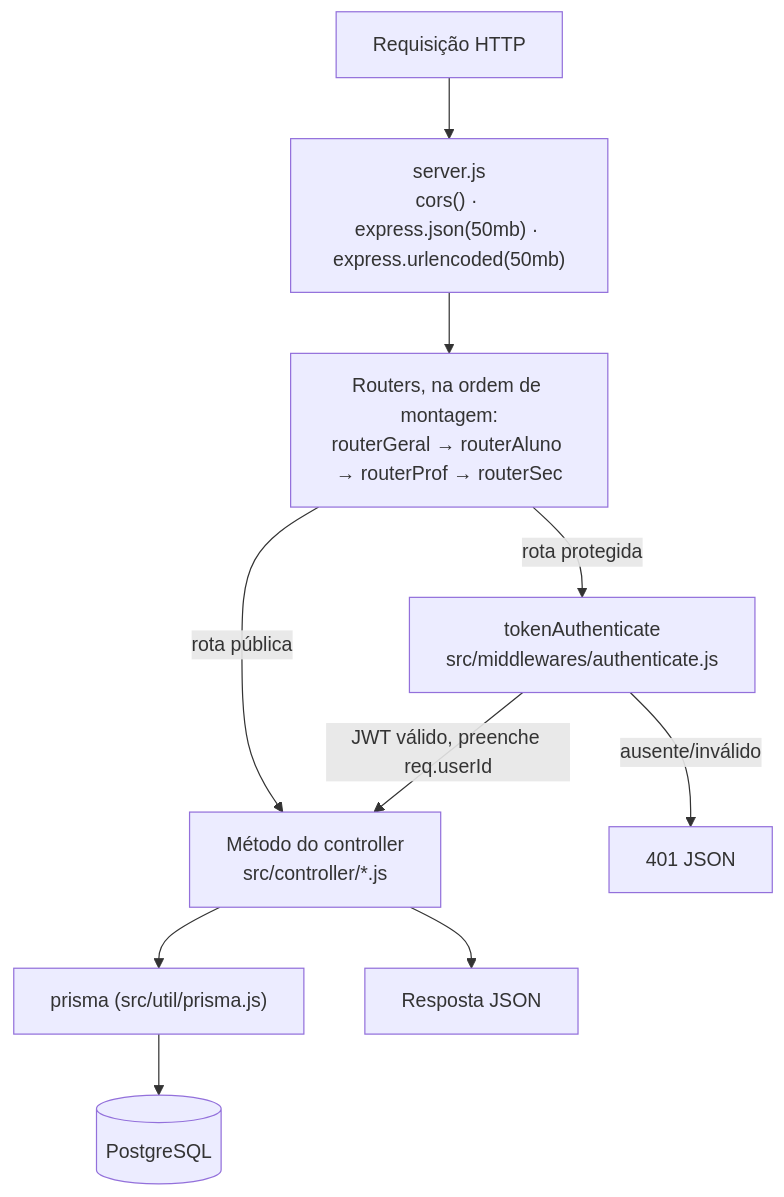
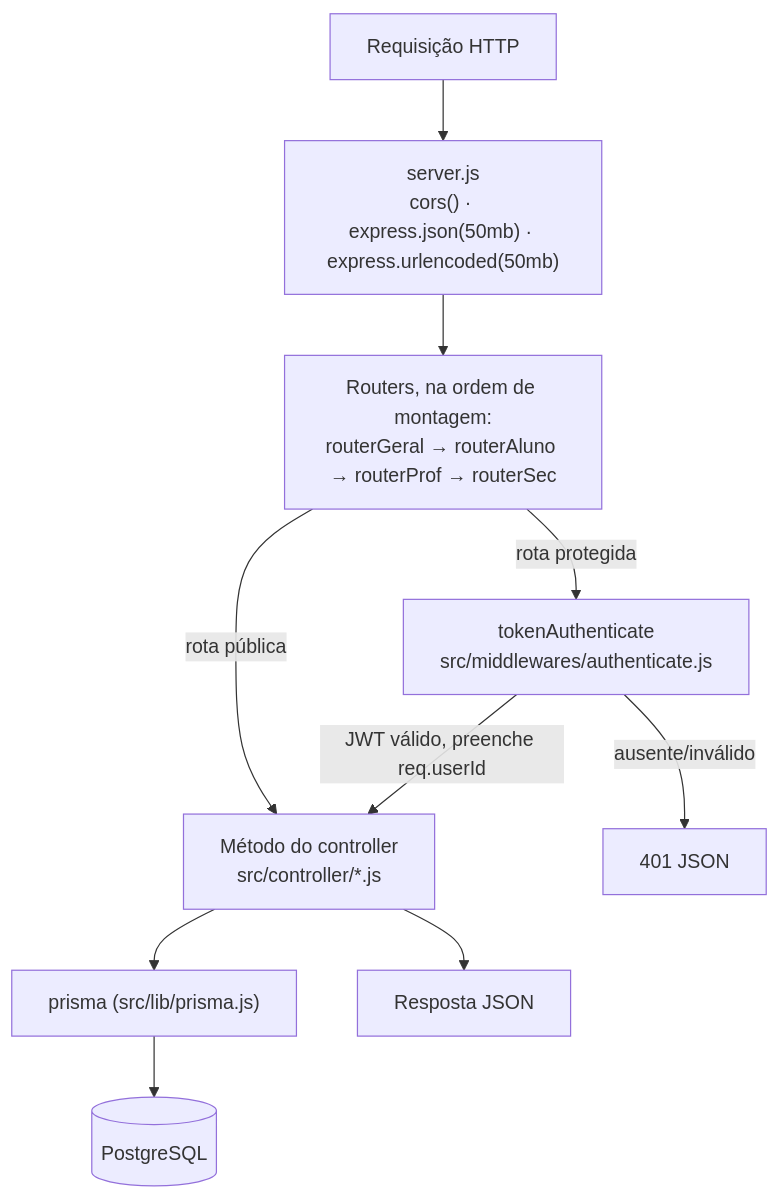
Before and after one commit to ftfariasdev/SAGA: the second of 4 diagrams in docs/pt-BR/architecture.md, drawn with Mermaid. The commit also changed other lines of this file and 8 other files, not shown here.

````diff
--- a/docs/pt-BR/architecture.md
+++ b/docs/pt-BR/architecture.md
@@ -105,12 +105,12 @@
 ```mermaid
 flowchart TD
     R["Requisição HTTP"] --> MW["server.js<br/>cors() · express.json(50mb) · express.urlencoded(50mb)"]
     MW --> RT["Routers, na ordem de montagem:<br/>routerGeral → routerAluno → routerProf → routerSec"]
     RT -->|rota protegida| AUTH["tokenAuthenticate<br/>src/middlewares/authenticate.js"]
     RT -->|rota pública| CTRL
     AUTH -->|JWT válido, preenche req.userId| CTRL["Método do controller<br/>src/controller/*.js"]
     AUTH -->|ausente/inválido| E401["401 JSON"]
-    CTRL --> PR["prisma (src/util/prisma.js)"]
+    CTRL --> PR["prisma (src/lib/prisma.js)"]
     PR --> DB[("PostgreSQL")]
     CTRL --> RES["Resposta JSON"]
 ```
````
